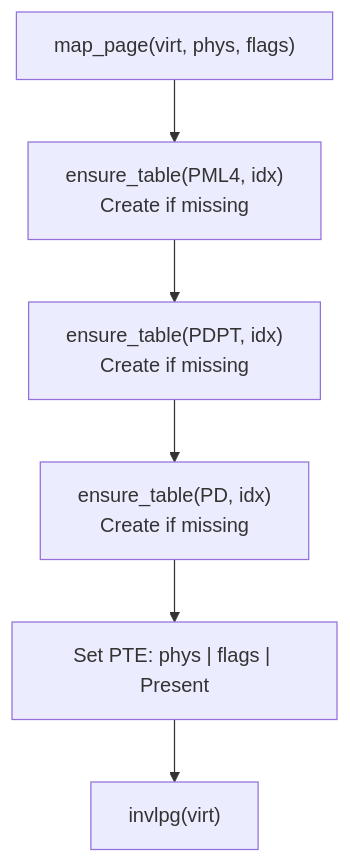
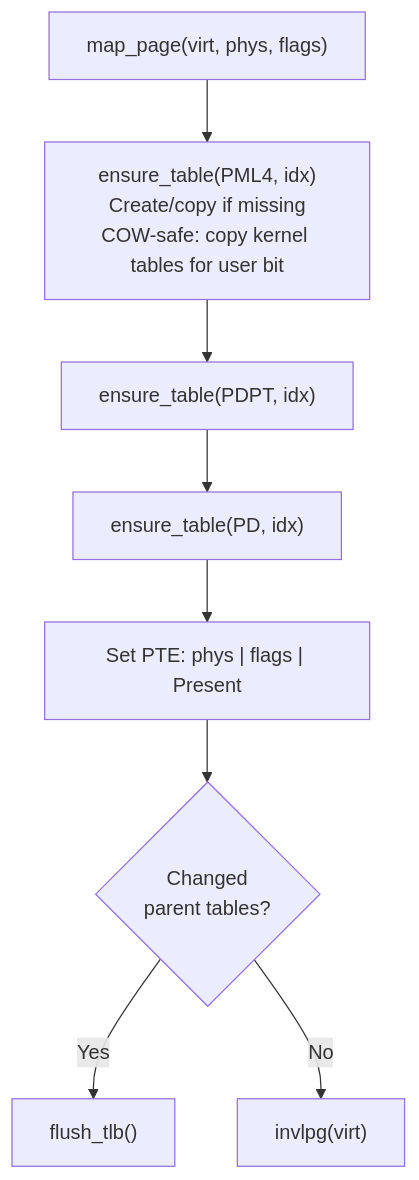
The sixth of 8 diagrams in Docs/Domains/memory-management-guide.md (KitsuneBSD/FKernel), drawn with Mermaid before and after one commit. The commit also changed other lines of this file and 15 other files, not shown here.

Commit message:
docs: update TODO.md and architecture documentation for session 12

````diff
--- a/Docs/Domains/memory-management-guide.md
+++ b/Docs/Domains/memory-management-guide.md
@@ -160,11 +188,15 @@
 ```mermaid
 flowchart TD
     MAP["map_page(virt, phys, flags)"]
-    E_PML4["ensure_table(PML4, idx)<br/>Create if missing"]
-    E_PDPT["ensure_table(PDPT, idx)<br/>Create if missing"]
-    E_PD["ensure_table(PD, idx)<br/>Create if missing"]
+    E_PML4["ensure_table(PML4, idx)<br/>Create/copy if missing<br/>COW-safe: copy kernel tables for user bit"]
+    E_PDPT["ensure_table(PDPT, idx)"]
+    E_PD["ensure_table(PD, idx)"]
     SET_PTE["Set PTE: phys | flags | Present"]
+    TLB{"Changed<br/>parent tables?"}
+    FLUSH["flush_tlb()"]
     INVLPG["invlpg(virt)"]
 
-    MAP --> E_PML4 --> E_PDPT --> E_PD --> SET_PTE --> INVLPG
+    MAP --> E_PML4 --> E_PDPT --> E_PD --> SET_PTE --> TLB
+    TLB -->|Yes| FLUSH
+    TLB -->|No| INVLPG
 ```
````
